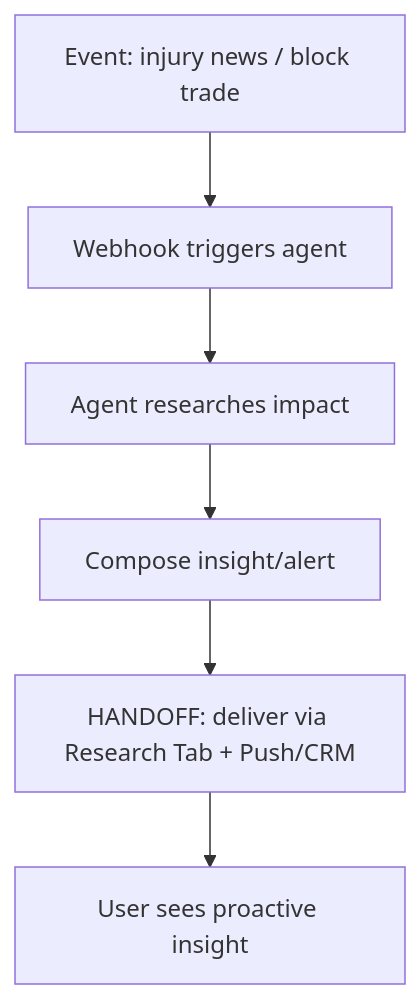
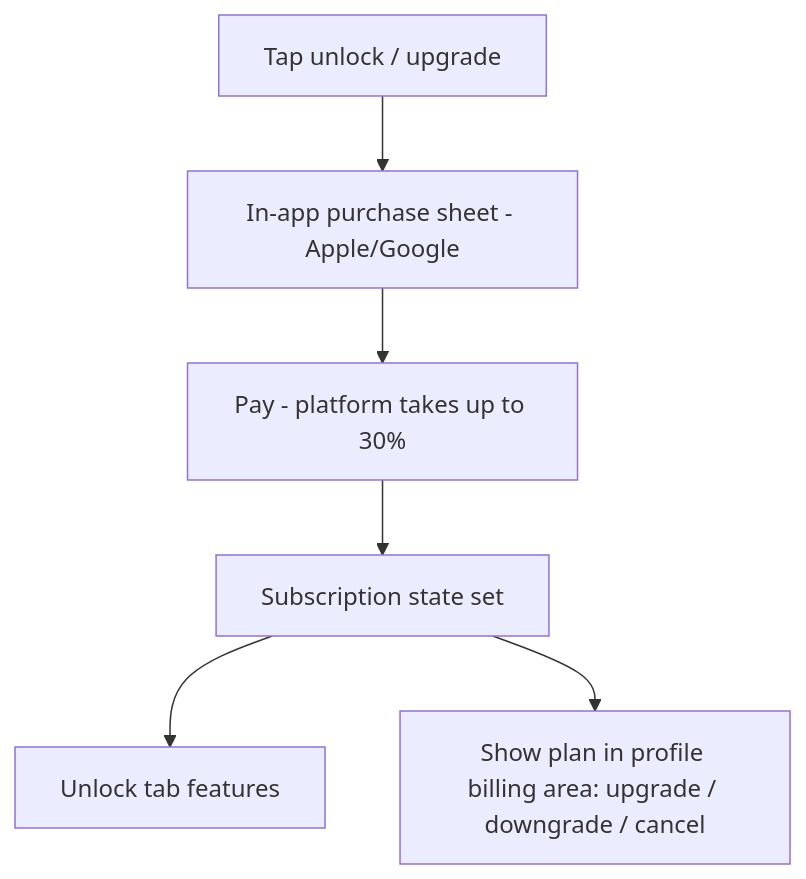
The third of 3 diagrams in vault/components/information-layer/sub-components/research-tab/research-tab.md (Novosapien/inplay-vault), drawn with Mermaid before and after one commit. The commit also changed other lines of this file and 12 other files, not shown here.

First line of the commit message:
Process 18-29 June meetings: Research Tab extraction + touchdown sweep

````diff
--- a/vault/components/information-layer/sub-components/research-tab/research-tab.md
+++ b/vault/components/information-layer/sub-components/research-tab/research-tab.md
@@ -133,8 +165,8 @@
 ```mermaid
 graph TD
-    A[Event: injury news / block trade] --> B[Webhook triggers agent]
-    B --> C[Agent researches impact]
-    C --> D[Compose insight/alert]
-    D --> E[HANDOFF: deliver via Research Tab + Push/CRM]
-    E --> F[User sees proactive insight]
+    A[Tap unlock / upgrade] --> B[In-app purchase sheet - Apple/Google]
+    B --> C[Pay - platform takes up to 30%]
+    C --> D[Subscription state set]
+    D --> E[Unlock tab features]
+    D --> F[Show plan in profile billing area: upgrade / downgrade / cancel]
 ```
````
